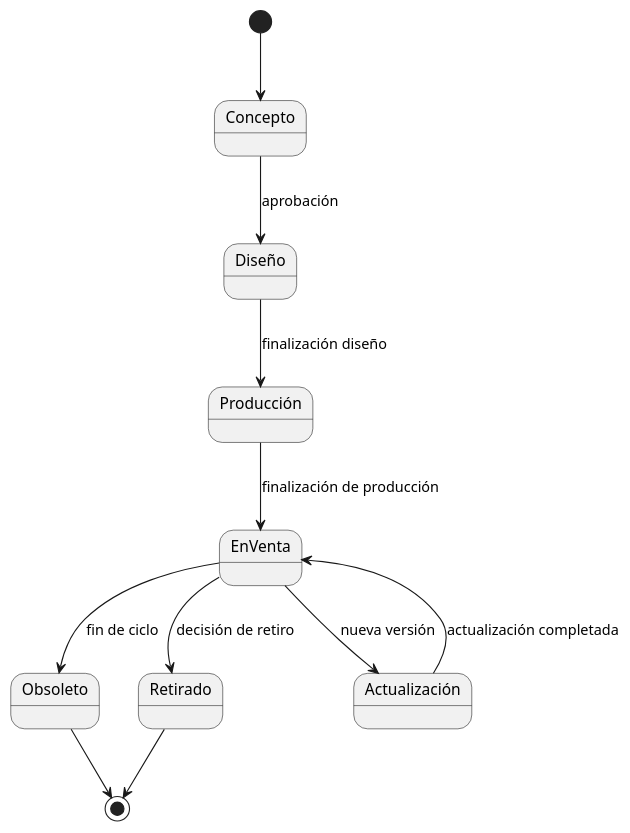
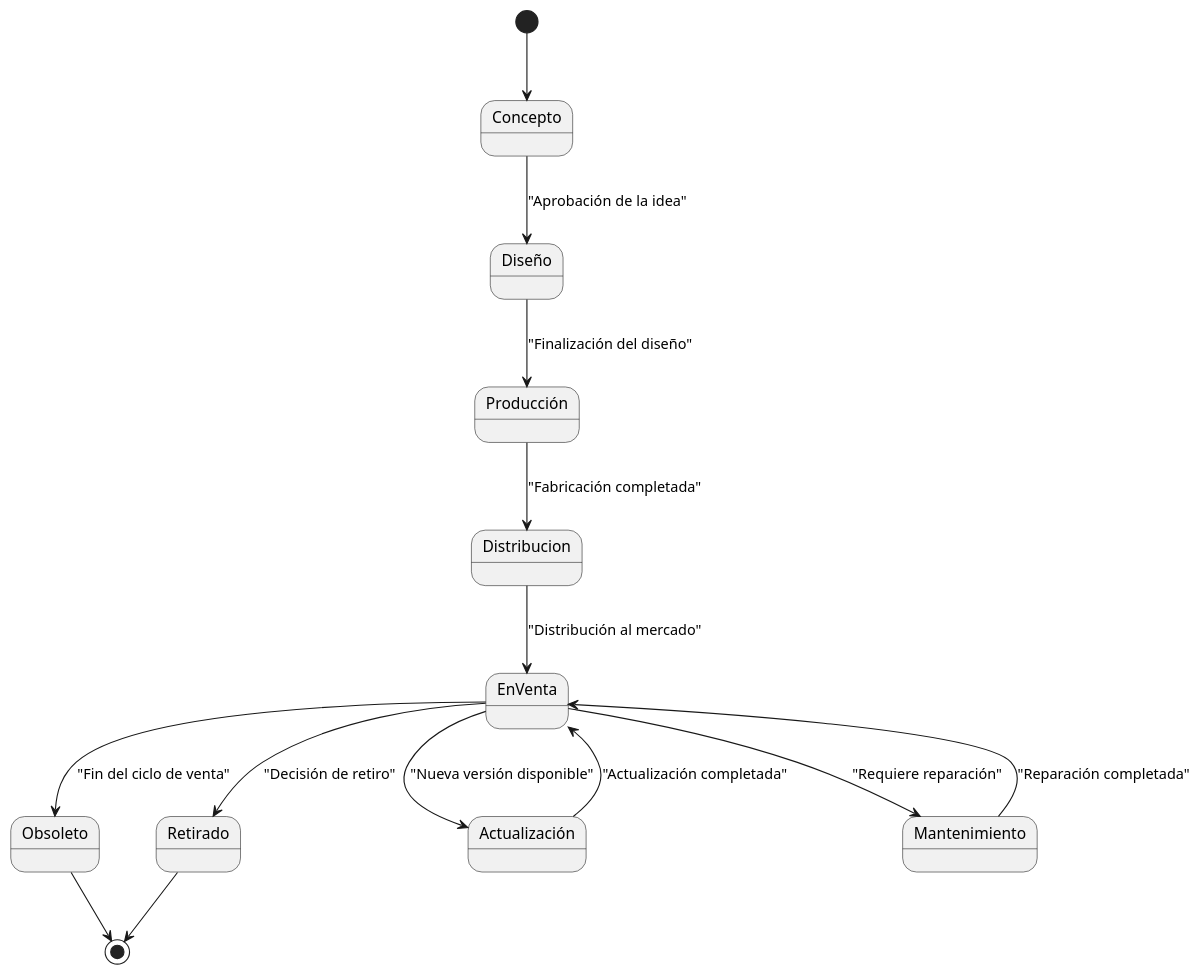
One commit to mmasias/24-25-IdSw1 changed the diagram in entregas/perezAdrian/reto01/CicloDeVida/EstadosVida.puml. Above: the diagram before and after it, drawn with PlantUML. The commit also changed 1 other file, not shown here.

Commit message:
"Prettify" estadosvida y añadido mantenimiento

```diff
--- a/entregas/perezAdrian/reto01/CicloDeVida/EstadosVida.puml
+++ b/entregas/perezAdrian/reto01/CicloDeVida/EstadosVida.puml
@@ -1,14 +1,18 @@
 @startuml
 [*] --> Concepto
-Concepto --> Diseño : aprobación
-Diseño --> Producción : finalización diseño
-Producción --> EnVenta : finalización de producción
-EnVenta --> Obsoleto : fin de ciclo
+Concepto --> Diseño : "Aprobación de la idea"
+Diseño --> Producción : "Finalización del diseño"
+Producción --> Distribucion : "Fabricación completada"
+Distribucion --> EnVenta : "Distribución al mercado"
+EnVenta --> Obsoleto : "Fin del ciclo de venta"
 Obsoleto --> [*]
 
-EnVenta --> Retirado : decisión de retiro
+EnVenta --> Retirado : "Decisión de retiro"
 Retirado --> [*]
 
-EnVenta --> Actualización : nueva versión
-Actualización --> EnVenta : actualización completada
+EnVenta --> Actualización : "Nueva versión disponible"
+Actualización --> EnVenta : "Actualización completada"
+
+EnVenta --> Mantenimiento : "Requiere reparación"
+Mantenimiento --> EnVenta : "Reparación completada"
 @enduml
```
